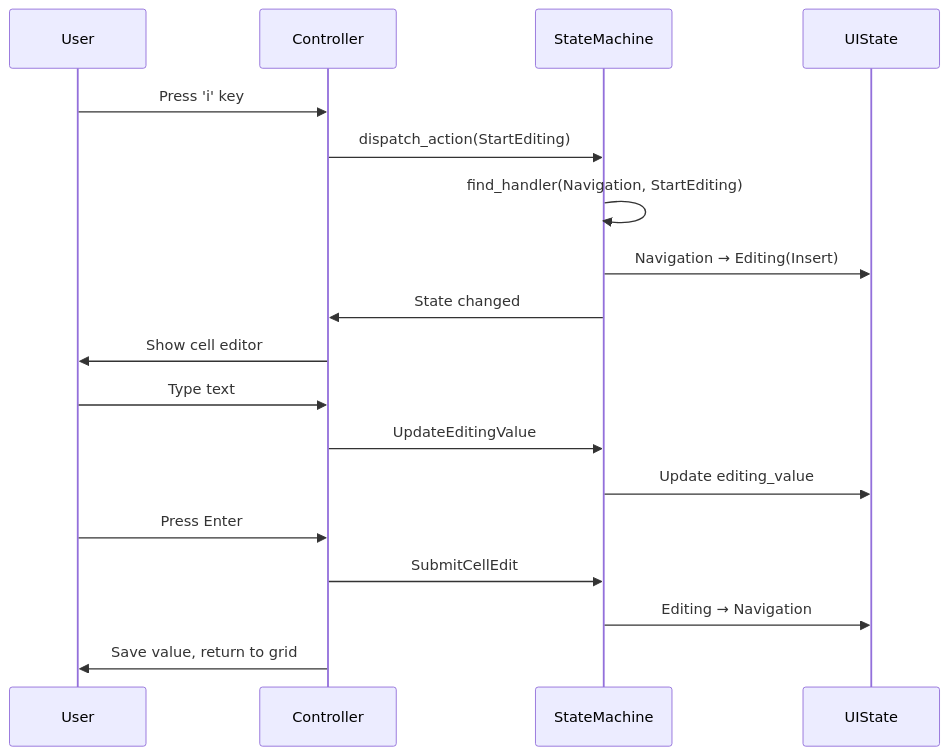
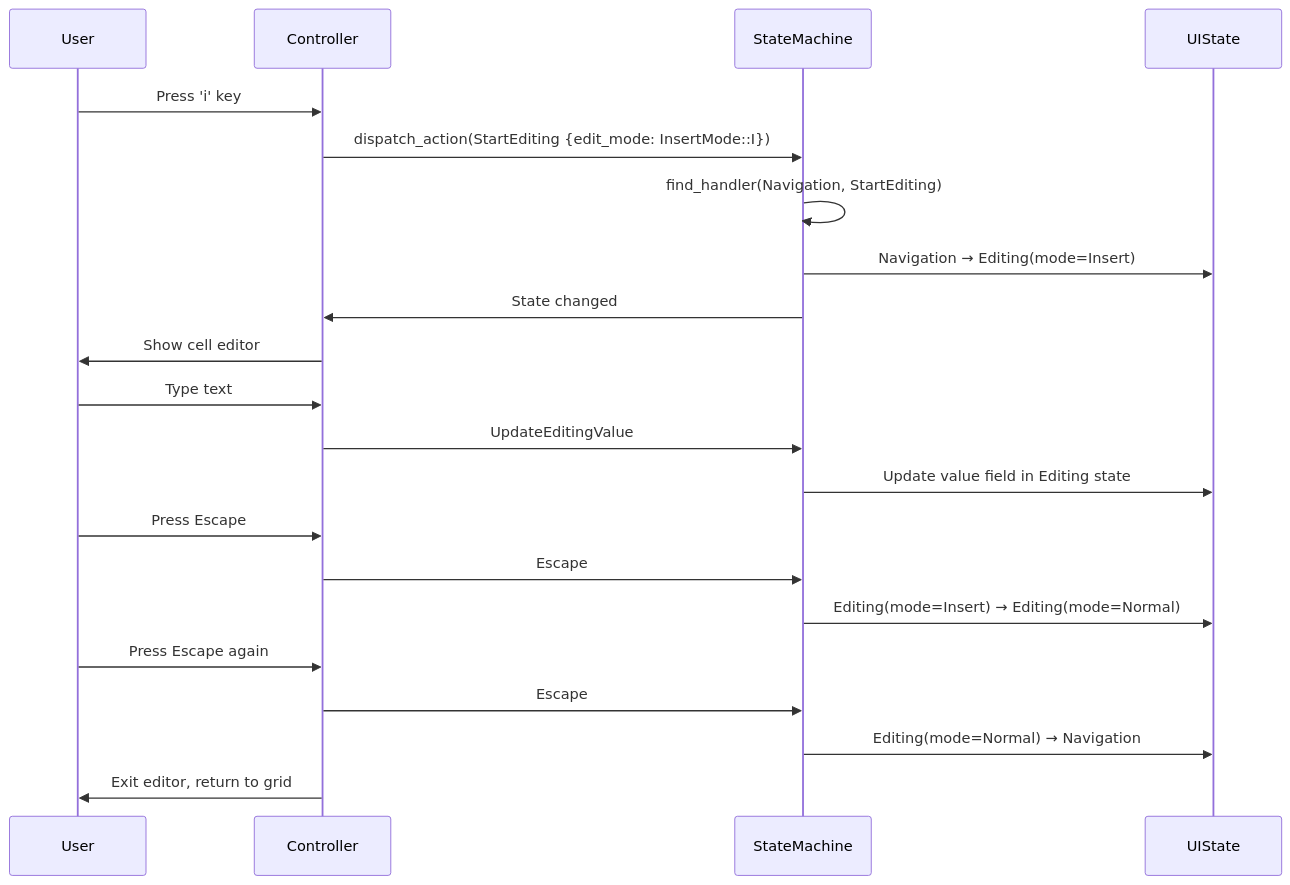
Before and after one commit to vimeh/gridcore: the second of 2 diagrams in gridcore-rs/STATE_MACHINE.md, drawn with Mermaid. The commit also changed other lines of this file, not shown here.

First line of the commit message:
docs: update STATE_MACHINE.md for simplified 3-variant UIState architecture

````diff
--- a/gridcore-rs/STATE_MACHINE.md
+++ b/gridcore-rs/STATE_MACHINE.md
@@ -185,23 +334,27 @@
 ```mermaid
 sequenceDiagram
     participant User
     participant Controller
     participant StateMachine
     participant UIState
 
     User->>Controller: Press 'i' key
-    Controller->>StateMachine: dispatch_action(StartEditing)
+    Controller->>StateMachine: dispatch_action(StartEditing {edit_mode: InsertMode::I})
     StateMachine->>StateMachine: find_handler(Navigation, StartEditing)
-    StateMachine->>UIState: Navigation → Editing(Insert)
+    StateMachine->>UIState: Navigation → Editing(mode=Insert)
     StateMachine->>Controller: State changed
     Controller->>User: Show cell editor
 
     User->>Controller: Type text
     Controller->>StateMachine: UpdateEditingValue
-    StateMachine->>UIState: Update editing_value
+    StateMachine->>UIState: Update value field in Editing state
     
-    User->>Controller: Press Enter
-    Controller->>StateMachine: SubmitCellEdit
-    StateMachine->>UIState: Editing → Navigation
-    Controller->>User: Save value, return to grid
+    User->>Controller: Press Escape
+    Controller->>StateMachine: Escape
+    StateMachine->>UIState: Editing(mode=Insert) → Editing(mode=Normal)
+    
+    User->>Controller: Press Escape again
+    Controller->>StateMachine: Escape
+    StateMachine->>UIState: Editing(mode=Normal) → Navigation
+    Controller->>User: Exit editor, return to grid
 ```
````
